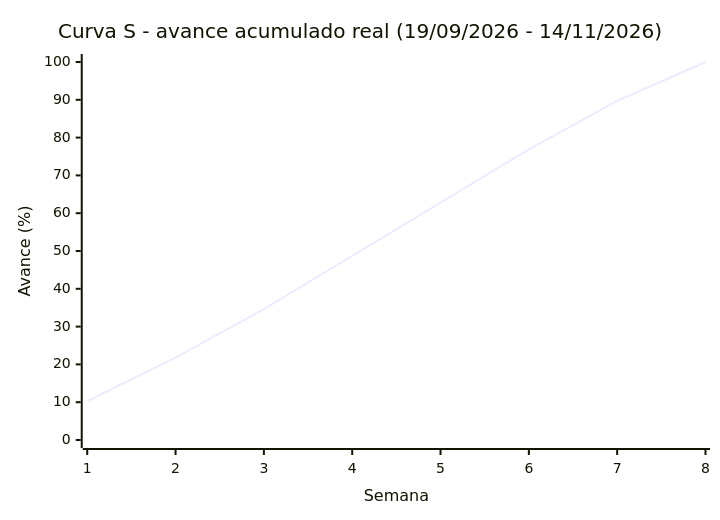
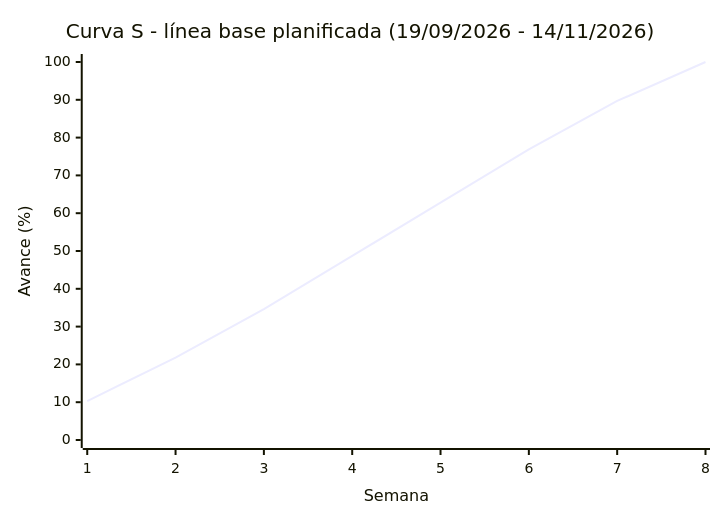
Before and after one commit to nachoo08/geoAlerts: the fourth of 5 diagrams in docs/01-analisis-factibilidad.md, drawn with Mermaid. The commit also changed other lines of this file and 3 other files, not shown here.

````diff
--- a/docs/01-analisis-factibilidad.md
+++ b/docs/01-analisis-factibilidad.md
@@ -479,7 +479,7 @@
 ```mermaid
 xychart-beta
-    title "Curva S - avance acumulado real (19/09/2026 - 14/11/2026)"
+    title "Curva S - línea base planificada (19/09/2026 - 14/11/2026)"
     x-axis "Semana" [1, 2, 3, 4, 5, 6, 7, 8]
     y-axis "Avance (%)" 0 --> 100
     line [10.3, 21.8, 34.6, 48.7, 62.8, 76.9, 89.7, 100]
 ```
````
